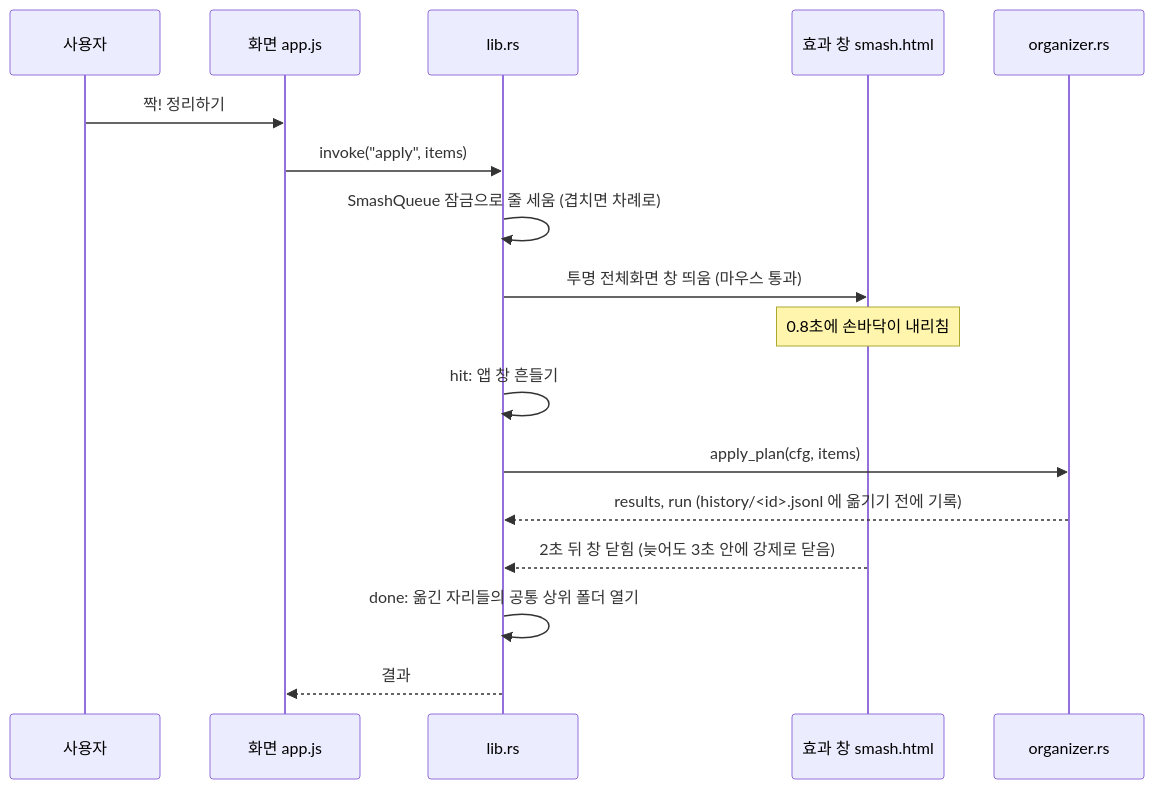
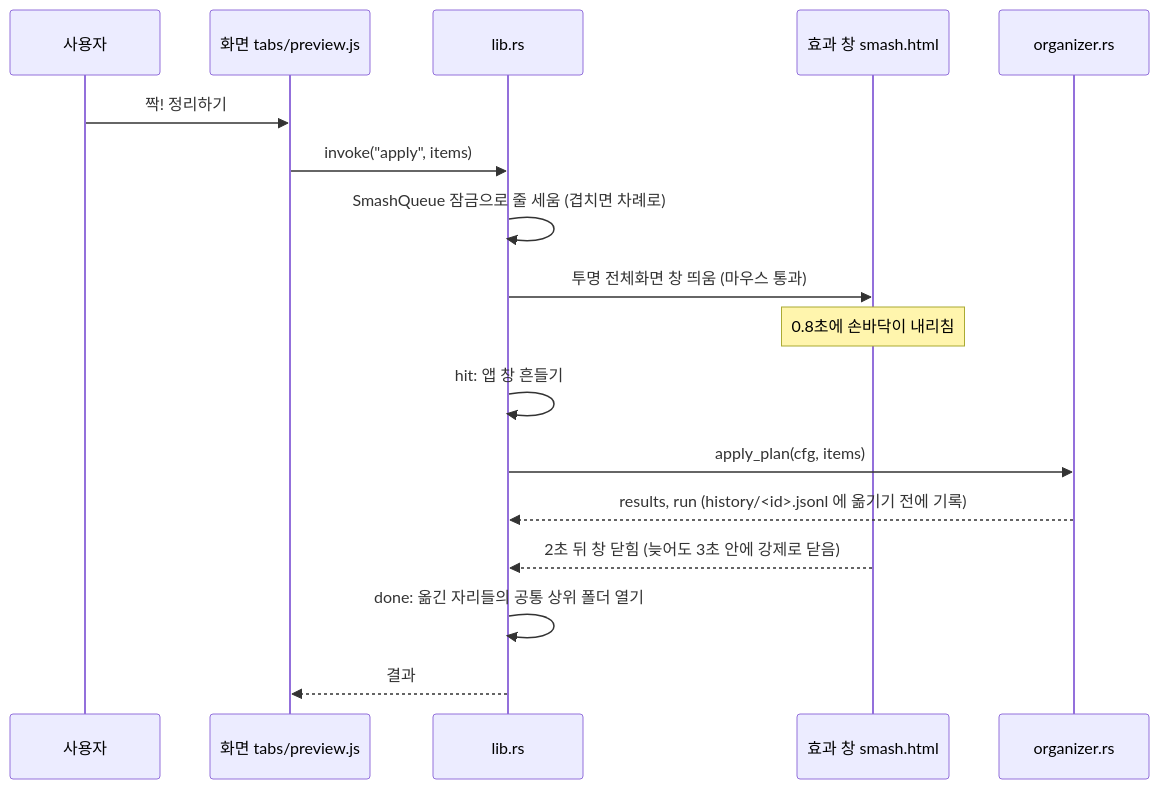
The second of 7 diagrams in docs/구현도.md (ESeungJun/smash), drawn with Mermaid before and after one commit. The commit also changed other lines of this file and 2 other files, not shown here.

````diff
--- a/docs/구현도.md
+++ b/docs/구현도.md
@@ -51,19 +91,19 @@
 ```mermaid
 sequenceDiagram
   participant U as 사용자
-  participant R as 화면 app.js
+  participant R as 화면 tabs/preview.js
   participant M as lib.rs
   participant FX as 효과 창 smash.html
   participant O as organizer.rs
   U->>R: 짝! 정리하기
   R->>M: invoke("apply", items)
   M->>M: SmashQueue 잠금으로 줄 세움 (겹치면 차례로)
   M->>FX: 투명 전체화면 창 띄움 (마우스 통과)
   Note over FX: 0.8초에 손바닥이 내리침
   M->>M: hit: 앱 창 흔들기
   M->>O: apply_plan(cfg, items)
   O-->>M: results, run (history/<id>.jsonl 에 옮기기 전에 기록)
   FX-->>M: 2초 뒤 창 닫힘 (늦어도 3초 안에 강제로 닫음)
   M->>M: done: 옮긴 자리들의 공통 상위 폴더 열기
   M-->>R: 결과
 ```
````
